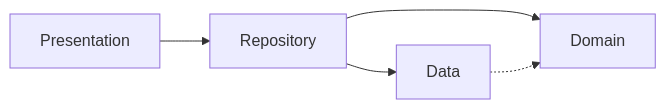
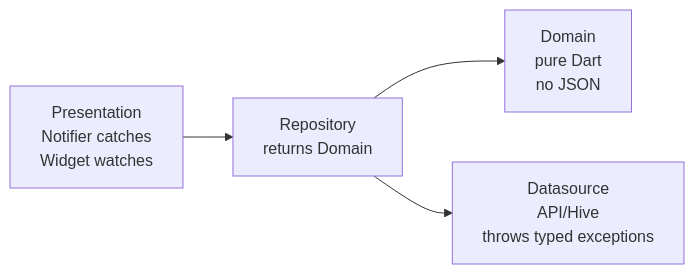
One commit to sgaabdu4/building-flutter-apps changed the diagram in SKILL.md. Above: the diagram before and after it, drawn with Mermaid. The commit also changed other lines of this file and 50 other files, not shown here.

````diff
--- a/SKILL.md
+++ b/SKILL.md
@@ -115,7 +136,6 @@
 ```mermaid
-graph LR
-  P[Presentation] --> R[Repository]
-  R --> Do[Domain]
-  R --> Da[Data]
-  Da -.-> Do
+flowchart LR
+  P[Presentation<br/>Notifier catches<br/>Widget watches] --> R[Repository<br/>returns Domain]
+  R --> D[Domain<br/>pure Dart<br/>no JSON]
+  R --> S[Datasource<br/>API/Hive<br/>throws typed exceptions]
 ```
````
